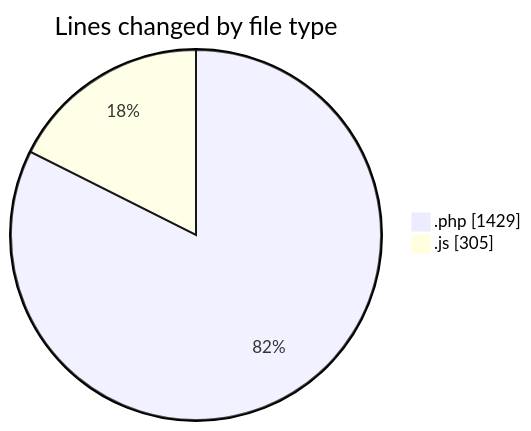
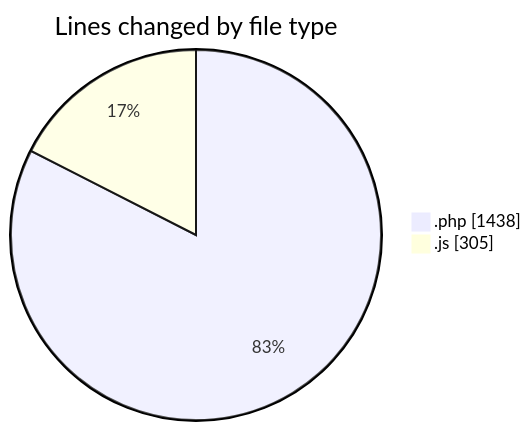
One commit to debugP/code-tracking changed the first of 2 diagrams in 2026-07-28/untitled__workspace_/README.md. Above: the diagram before and after it, drawn with Mermaid. The commit also changed other lines of this file and 1 other file, not shown here.

````diff
--- a/2026-07-28/untitled__workspace_/README.md
+++ b/2026-07-28/untitled__workspace_/README.md
@@ -22,6 +22,6 @@
 ```mermaid
 pie showData
 title Lines changed by file type
-".php" : 1429
+".php" : 1438
 ".js" : 305
 ```
````
